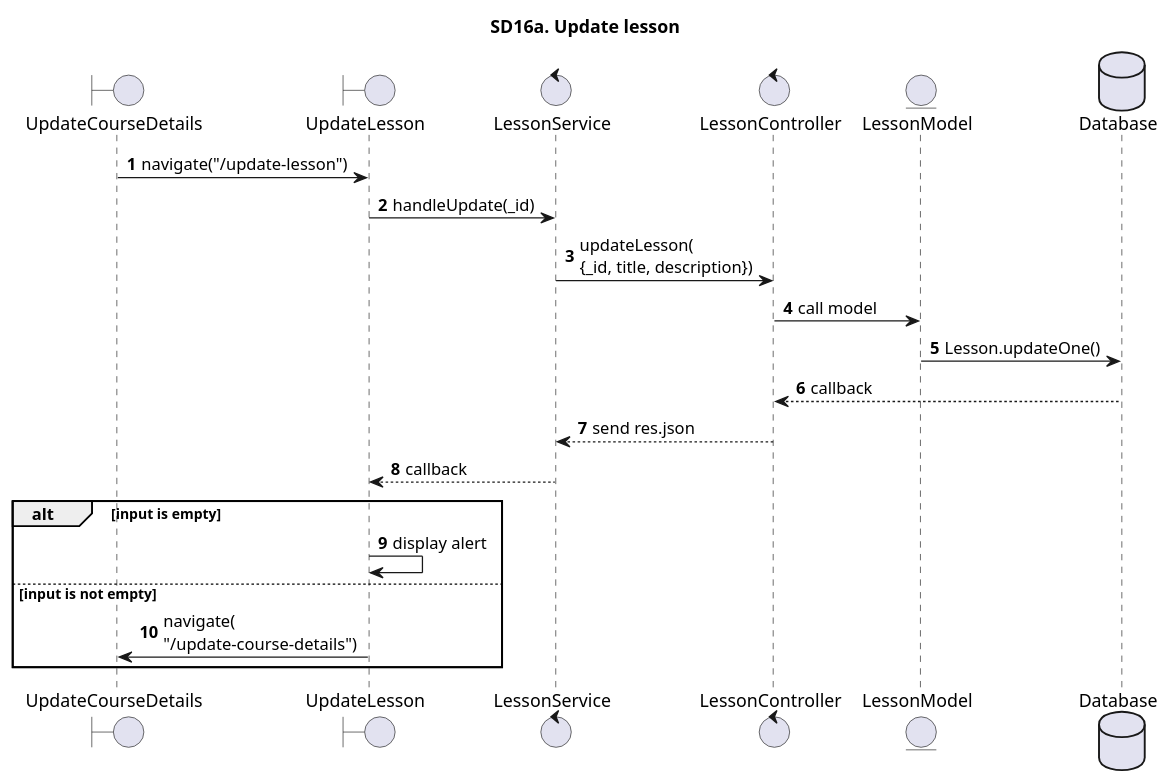
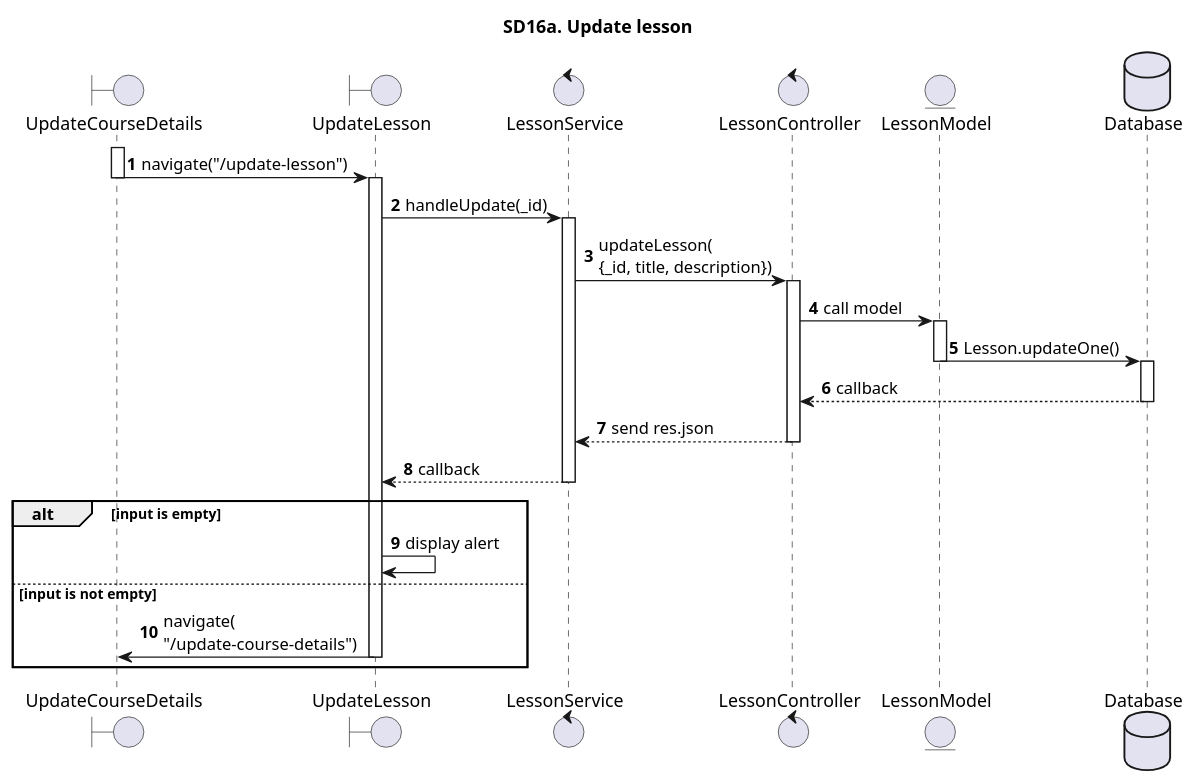
Before and after one commit to The-Cookies-Team/UML-Diagrams: the diagram in SequenceDiagrams/CNPMHDT/New/sd16a.puml, drawn with PlantUML. The commit also changed 12 other files, not shown here.

```diff
--- a/SequenceDiagrams/CNPMHDT/New/sd16a.puml
+++ b/SequenceDiagrams/CNPMHDT/New/sd16a.puml
@@ -1,27 +1,38 @@
 @startuml SQ
 
 autonumber
 
 title SD16a. Update lesson
 
 boundary "UpdateCourseDetails"
 boundary "UpdateLesson"
 control "LessonService"
 control "LessonController"
 entity "LessonModel"
 database "Database" as Database
-
+activate UpdateCourseDetails
 UpdateCourseDetails -> UpdateLesson: navigate("/update-lesson")
+deactivate UpdateCourseDetails
+activate UpdateLesson
 UpdateLesson -> LessonService: handleUpdate(_id)
+activate LessonService
 LessonService -> LessonController: updateLesson(\n{_id, title, description})
+activate LessonController
 LessonController -> LessonModel: call model
+activate LessonModel
 LessonModel -> Database: Lesson.updateOne()
+deactivate LessonModel
+activate Database
 Database --> LessonController: callback
+deactivate Database
 LessonController --> LessonService: send res.json
+deactivate LessonController
 LessonService --> UpdateLesson: callback
+deactivate LessonService
 alt input is empty
 UpdateLesson -> UpdateLesson: display alert
 else input is not empty
 UpdateLesson -> UpdateCourseDetails: navigate(\n"/update-course-details")
+deactivate UpdateLesson
 end
 @enduml
```
